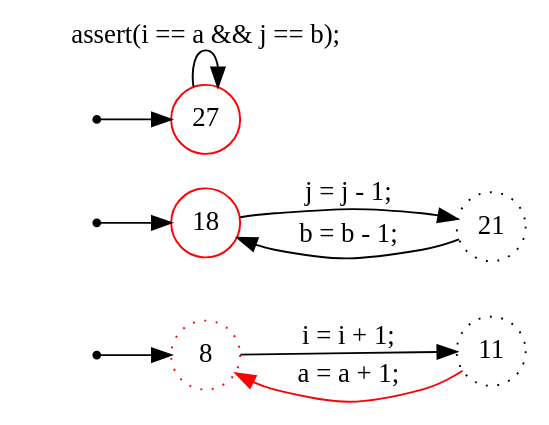
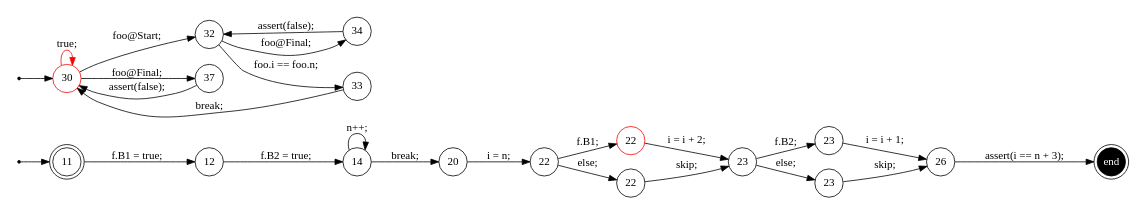
Before and after one commit to samilazregsuidi/Daedalux: the diagram in trace/27.dot, drawn with Graphviz. The commit also changed 63 other files, not shown here.

```diff
--- a/trace/27.dot
+++ b/trace/27.dot
@@ -1,23 +1,48 @@
 digraph finite_state_machine {
 	rankdir=LR
 	size="8,5"
-	94105801518480 [label = 8, shape = doublecircle, color = red, fixedsize = true]; 
-	s94105801518480 [shape = point];
-	94105801510576 [label = 18, shape = doublecircle, color = red, fixedsize = true]; 
-	s94105801510576 [shape = point];
-	94105801511488 [label = 27, shape = doublecircle, color = red, fixedsize = true]; 
-	s94105801511488 [shape = point];
-	 94105801518480 [label = 8, shape = circle, color = red, fixedsize = true , style = dotted];
-	 94105801510304 [label = 11, shape = circle, fixedsize = true , style = dotted];
-	 94105801510576 [label = 18, shape = circle, color = red, fixedsize = true ];
-	 94105801511184 [label = 21, shape = circle, fixedsize = true , style = dotted];
-	 94105801511488 [label = 27, shape = circle, color = red, fixedsize = true ];
-	s94105801518480 -> 94105801518480;
-	s94105801510576 -> 94105801510576;
-	s94105801511488 -> 94105801511488;
-	94105801518480 -> 94105801510304 [ label = "i = i + 1; "];
-	94105801510304 -> 94105801518480 [color = red, label = "a = a + 1; "];
-	94105801510576 -> 94105801511184 [ label = "j = j - 1; "];
-	94105801511184 -> 94105801510576 [ label = "b = b - 1; "];
-	94105801511488 -> 94105801511488 [ label = "assert(i == a && j == b); "];
+	93824993311008 [label = 11, shape = doublecircle, fixedsize = true]; 
+	s93824993311008 [shape = point];
+	93824993307216 [label = 30, shape = doublecircle, color = red, fixedsize = true]; 
+	s93824993307216 [shape = point];
+	e93824993306544 [shape = doublecircle, fixedsize = true, style = filled, fillcolor = black, fontcolor = white,  label = end];
+	 93824993312480 [label = 12, shape = circle, fixedsize = true ];
+	 93824993302560 [label = 14, shape = circle, fixedsize = true ];
+	 93824993303360 [label = 20, shape = circle, fixedsize = true ];
+	 93824993303680 [label = 22, shape = circle, fixedsize = true ];
+	 93824993304480 [label = 22, shape = circle, color = red, fixedsize = true ];
+	 93824993305200 [label = 22, shape = circle, fixedsize = true ];
+	 93824993304992 [label = 23, shape = circle, fixedsize = true ];
+	 93824993306032 [label = 23, shape = circle, fixedsize = true ];
+	 93824993306752 [label = 23, shape = circle, fixedsize = true ];
+	 93824993306544 [label = 26, shape = circle, fixedsize = true ];
+	 93824993307216 [label = 30, shape = circle, color = red, fixedsize = true ];
+	 93824993307984 [label = 32, shape = circle, fixedsize = true ];
+	 93824993308816 [label = 33, shape = circle, fixedsize = true ];
+	 93824993309536 [label = 34, shape = circle, fixedsize = true ];
+	 93824993310048 [label = 37, shape = circle, fixedsize = true ];
+	s93824993311008 -> 93824993311008;
+	s93824993307216 -> 93824993307216;
+	93824993311008 -> 93824993312480 [ label = "f.B1 = true; "];
+	93824993312480 -> 93824993302560 [ label = "f.B2 = true; "];
+	93824993302560 -> 93824993303360 [ label = "break; "];
+	93824993302560 -> 93824993302560 [ label = "n++; "];
+	93824993303360 -> 93824993303680 [ label = "i = n; "];
+	93824993303680 -> 93824993304480 [ label = "f.B1; "];
+	93824993304480 -> 93824993304992 [ label = "i = i + 2; "];
+	93824993303680 -> 93824993305200 [ label = "else; "];
+	93824993305200 -> 93824993304992 [ label = "skip; "];
+	93824993304992 -> 93824993306032 [ label = "f.B2; "];
+	93824993306032 -> 93824993306544 [ label = "i = i + 1; "];
+	93824993304992 -> 93824993306752 [ label = "else; "];
+	93824993306752 -> 93824993306544 [ label = "skip; "];
+	93824993306544 -> e93824993306544 [ label = "assert(i == n + 3); "];
+	93824993307216 -> 93824993307984 [ label = "foo@Start; "];
+	93824993307984 -> 93824993308816 [ label = "foo.i == foo.n; "];
+	93824993308816 -> 93824993307216 [ label = "break; "];
+	93824993307984 -> 93824993309536 [ label = "foo@Final; "];
+	93824993309536 -> 93824993307984 [ label = "assert(false); "];
+	93824993307216 -> 93824993310048 [ label = "foo@Final; "];
+	93824993310048 -> 93824993307216 [ label = "assert(false); "];
+	93824993307216 -> 93824993307216 [color = red, label = "true; "];
 }
```
